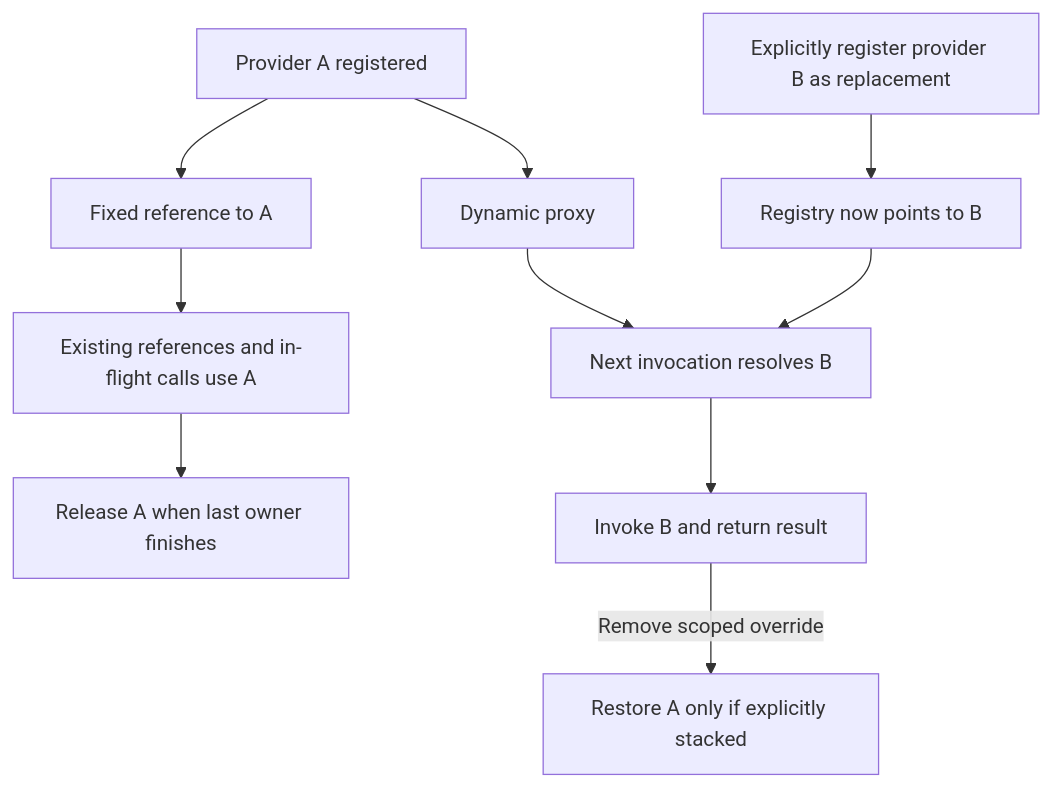
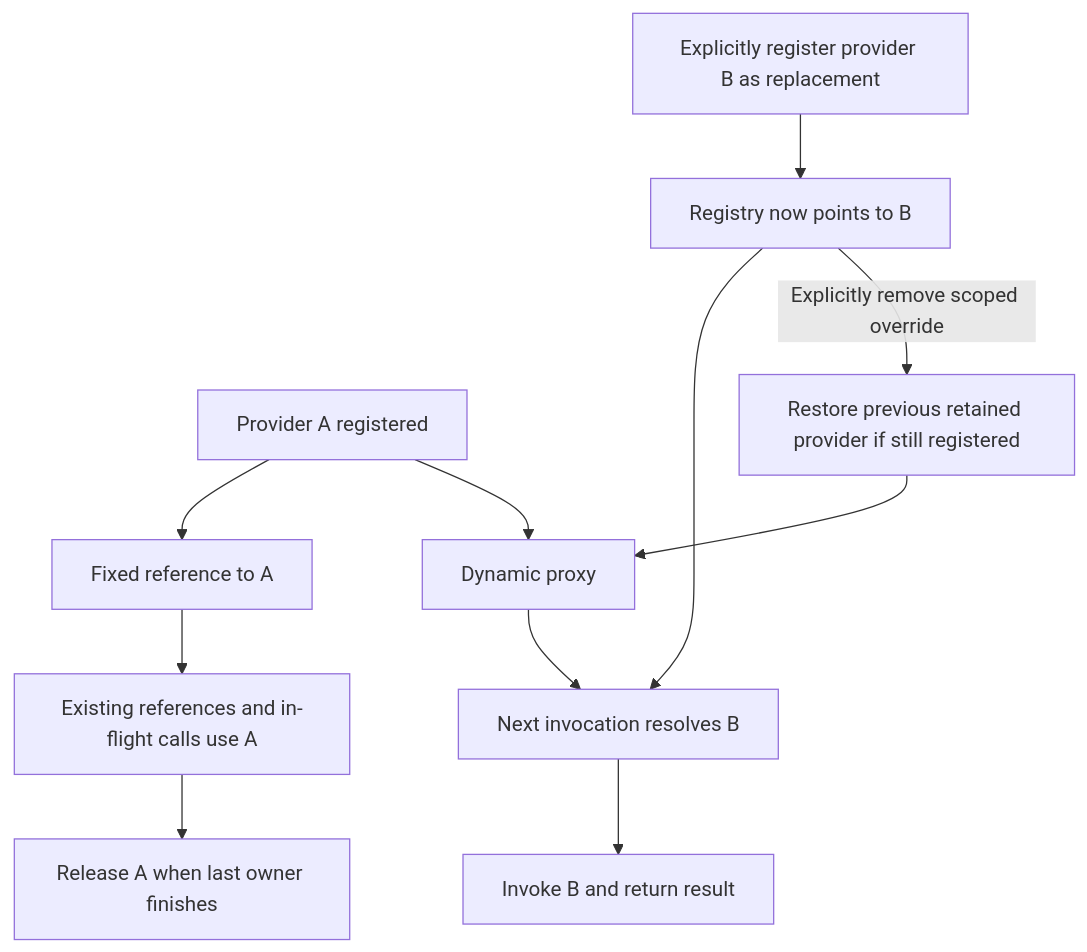
Diagram 30 of 39 in PROJECT.md (polyglue/polyglue), drawn with Mermaid before and after one commit. The commit also changed other lines of this file and 2 other files, not shown here.

````diff
--- a/PROJECT.md
+++ b/PROJECT.md
@@ -2879,12 +2888,13 @@
 ```mermaid
 flowchart TD
     A["Provider A registered"] --> B["Fixed reference to A"]
     A --> C["Dynamic proxy"]
     D["Explicitly register provider B as replacement"] --> E["Registry now points to B"]
     B --> F["Existing references and in-flight calls use A"]
     C --> G["Next invocation resolves B"]
     E --> G
     G --> H["Invoke B and return result"]
     F --> I["Release A when last owner finishes"]
-    H -->|Remove scoped override| J["Restore A only if explicitly stacked"]
+    E -->|Explicitly remove scoped override| J["Restore previous retained provider if still registered"]
+    J --> C
 ```
````
